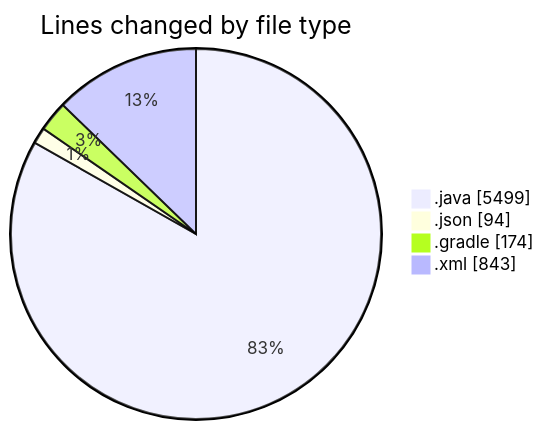
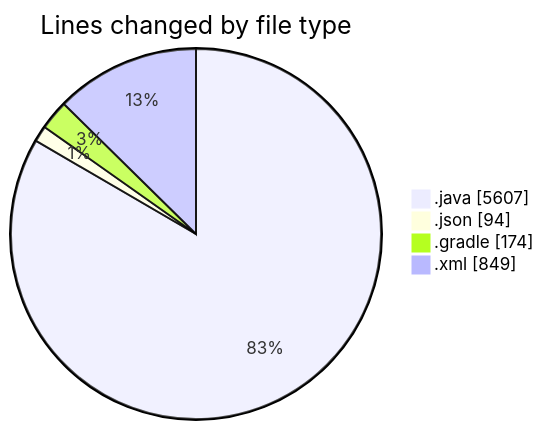
The first of 2 diagrams in 2025-02-22/micros/README.md (charlie-sans/code-tracking), drawn with Mermaid before and after one commit. The commit also changed other lines of this file and 1 other file, not shown here.

````diff
--- a/2025-02-22/micros/README.md
+++ b/2025-02-22/micros/README.md
@@ -61,8 +61,8 @@
 ```mermaid
 pie showData
 title Lines changed by file type
-".java" : 5499
+".java" : 5607
 ".json" : 94
 ".gradle" : 174
-".xml" : 843
+".xml" : 849
 ```
````
